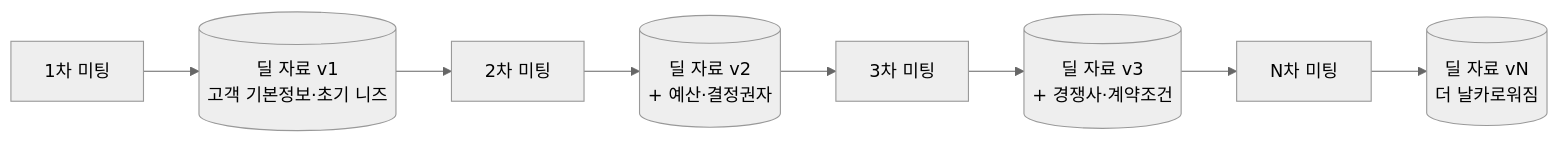
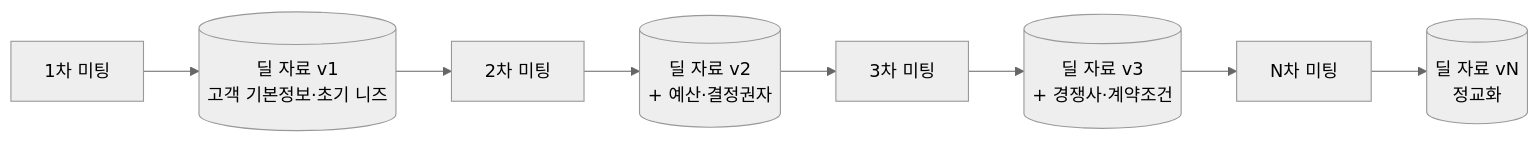
The second of 3 diagrams in jilee/week-02/README.md (cloud-club/10th-agent), drawn with Mermaid (neutral theme) before and after one commit. The commit also changed other lines of this file, not shown here.

````diff
--- a/jilee/week-02/README.md
+++ b/jilee/week-02/README.md
@@ -153,7 +149,7 @@
 ```mermaid
 flowchart LR
     M1["1차 미팅"] --> V1[("딜 자료 v1<br/>고객 기본정보·초기 니즈")]
     V1 --> M2["2차 미팅"] --> V2[("딜 자료 v2<br/>+ 예산·결정권자")]
     V2 --> M3["3차 미팅"] --> V3[("딜 자료 v3<br/>+ 경쟁사·계약조건")]
-    V3 --> MN["N차 미팅"] --> VN[("딜 자료 vN<br/>더 날카로워짐")]
+    V3 --> MN["N차 미팅"] --> VN[("딜 자료 vN<br/>정교화")]
 ```
````
